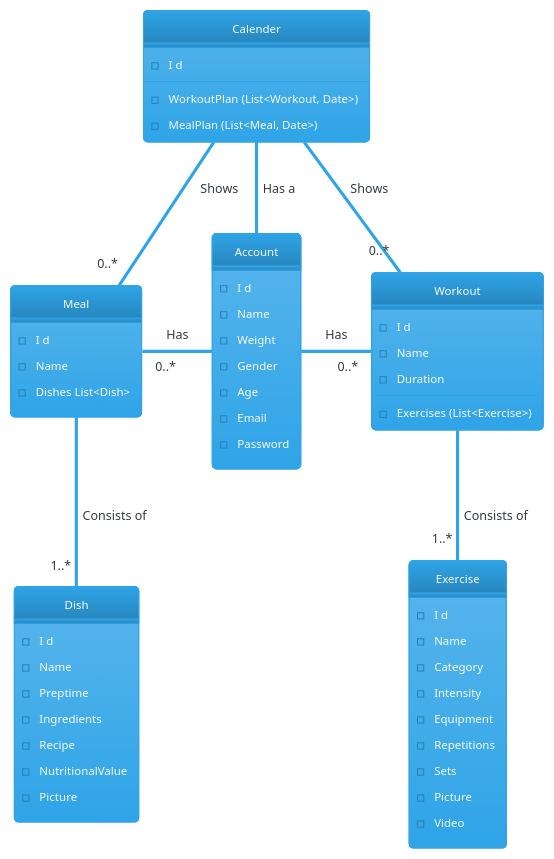
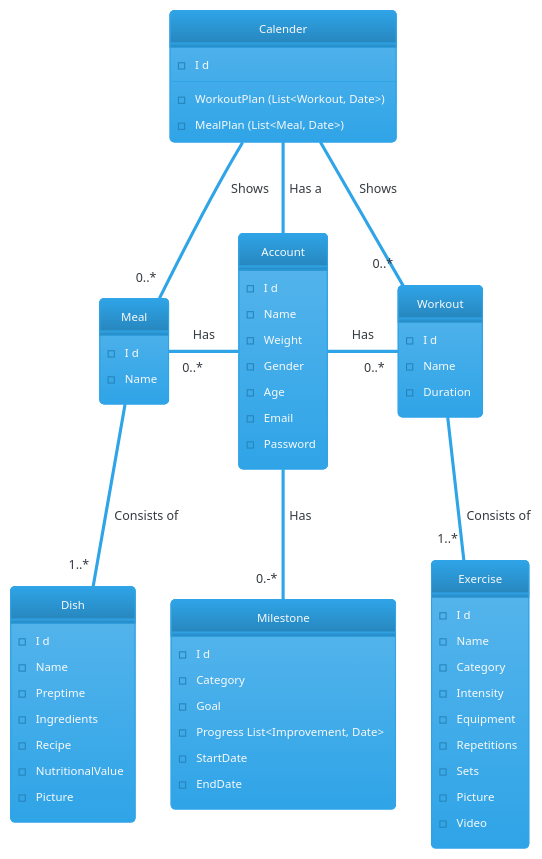
One commit to MartinStokholm/PRJ4_Repo changed the diagram in UML/PlanUML/DomainModelUpdated.puml. Above: the diagram before and after it, drawn with PlantUML. The commit also changed 7 other files, not shown here.

Commit message:
Updated domain, sequence

```diff
--- a/UML/PlanUML/DomainModelUpdated.puml
+++ b/UML/PlanUML/DomainModelUpdated.puml
@@ -1,67 +1,75 @@
 @startuml Domain Model
 !theme cerulean
 hide circle
 ' hide members
 
 class Calender {
     - I d
     - WorkoutPlan (List<Workout, Date>)
     - MealPlan (List<Meal, Date>)
 }
 
 class Account {
     - I d
     - Name
     - Weight
     - Gender
     - Age
     - Email 
     - Password
 }
 
 Class Workout {
     - I d
     - Name 
     - Duration
-    - Exercises (List<Exercise>)
 }
 
 class Exercise {
     - I d
     - Name
     - Category
     - Intensity
     - Equipment
     - Repetitions
     - Sets
     - Picture
     - Video
 }
 
 class Meal {
     - I d
     - Name
-    - Dishes List<Dish>
 }
 
 class Dish {
     - I d
     - Name
     - Preptime
     - Ingredients
     - Recipe
     - NutritionalValue
     - Picture
 }
 
+class Milestone {
+    - I d
+    - Category
+    - Goal
+    - Progress List<Improvement, Date>
+    - StartDate
+    - EndDate 
+}
+
 Account  -l- "0..*" Meal : Has 
 Account  -u- Calender : Has a
 Account  -r-  "0..*"Workout : Has 
+Account  -d- "0.-*" Milestone : Has 
 
 Meal -d- "1..*" Dish : Consists of 
 Workout -d- "1..*" Exercise : Consists of
 
 Calender -- "0..*" Workout : Shows
 Calender -- "0..*" Meal : Shows
 
 @enduml
```
